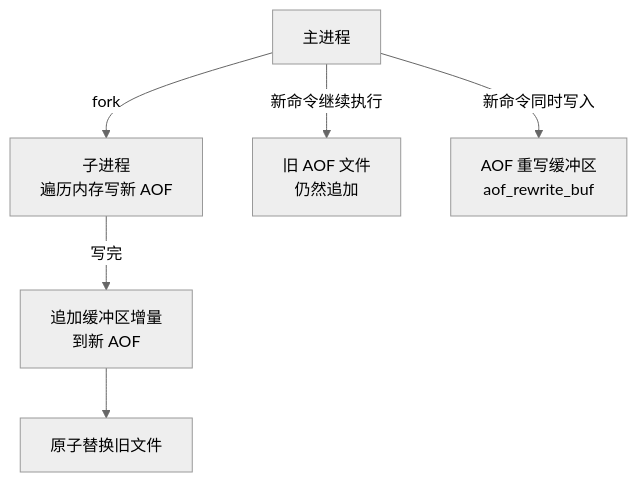
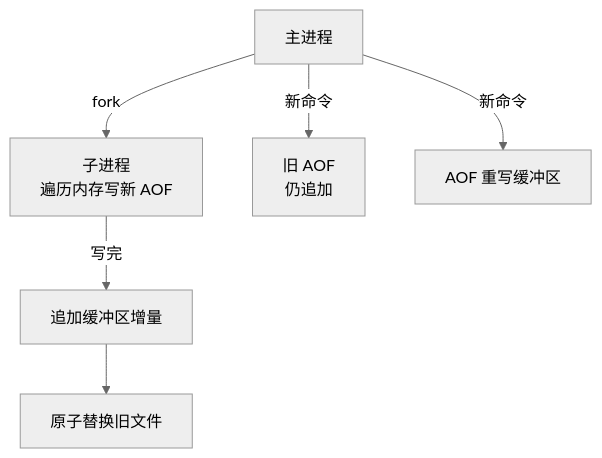
Before and after one commit to ml-cuizijun/LearnToLilith: the sixth of 10 diagrams in 02-中间件与数据库/02-Redis/02-持久化与内存管理/知识点.md, drawn with Mermaid (neutral theme). The commit also changed other lines of this file and 178 other files, not shown here.

````diff
--- a/02-中间件与数据库/02-Redis/02-持久化与内存管理/知识点.md
+++ b/02-中间件与数据库/02-Redis/02-持久化与内存管理/知识点.md
@@ -356,8 +358,8 @@
 ```mermaid
 flowchart TB
     MAIN["主进程"] -->|fork| CHILD["子进程<br/>遍历内存写新 AOF"]
-    MAIN -->|新命令继续执行| OLD["旧 AOF 文件<br/>仍然追加"]
-    MAIN -->|新命令同时写入| BUF["AOF 重写缓冲区<br/>aof_rewrite_buf"]
-    CHILD -->|写完| MERGE["追加缓冲区增量<br/>到新 AOF"]
+    MAIN -->|新命令| OLD["旧 AOF<br/>仍追加"]
+    MAIN -->|新命令| BUF["AOF 重写缓冲区"]
+    CHILD -->|写完| MERGE["追加缓冲区增量"]
     MERGE --> RENAME["原子替换旧文件"]
 ```
````
